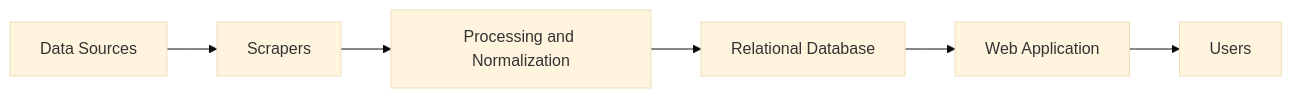
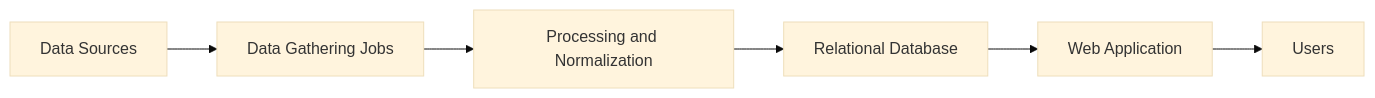
The diagram in diagrams/architecture-diagram.md (zurielzz/EA-1-Madrid-Stats-Data-Platform), drawn with Mermaid (base theme) before and after one commit. The commit also changed 8 other files, not shown here.

Commit message:
Rename data gathering docs and refine wording

````diff
--- a/diagrams/architecture-diagram.md
+++ b/diagrams/architecture-diagram.md
@@ -3,8 +3,8 @@
 ```mermaid
 flowchart LR
-    A[Data Sources] --> B[Scrapers]
+    A[Data Sources] --> B[Data Gathering Jobs]
     B --> C[Processing and Normalization]
     C --> D[Relational Database]
     D --> E[Web Application]
     E --> F[Users]
 ```
````
